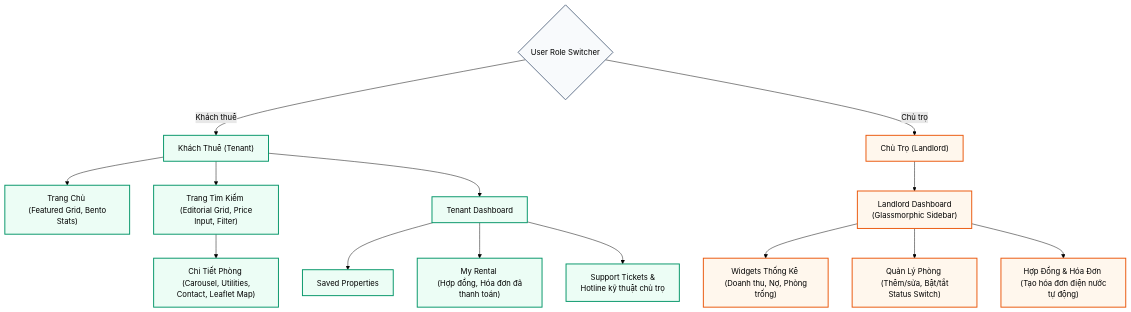
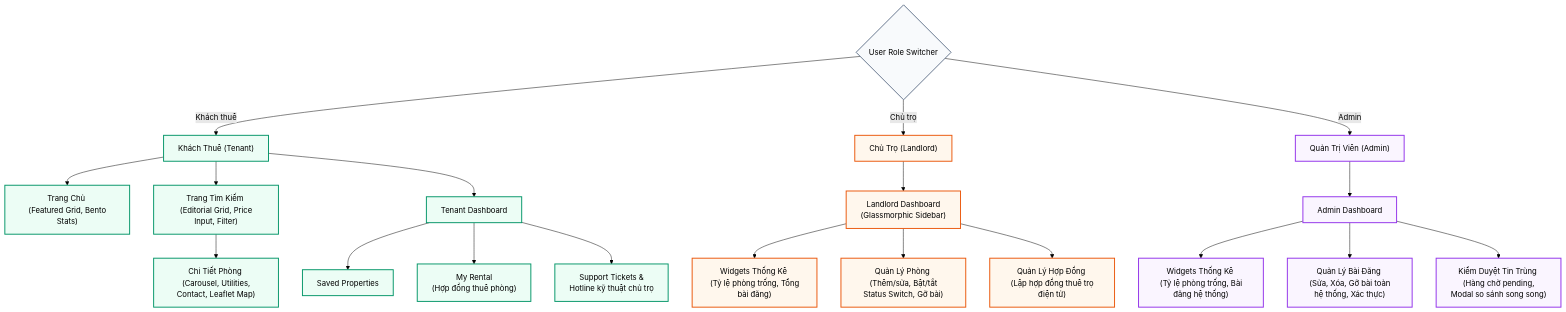
The second of 3 diagrams in project_architecture.md (Spotlighterr/TNCB), drawn with Mermaid (forest theme) before and after one commit. The commit also changed other lines of this file and 5 other files, not shown here.

Commit message:
feat: complete admin powers, review queue, unpublishing, and remove billing

````diff
--- a/project_architecture.md
+++ b/project_architecture.md
@@ -62,44 +62,58 @@
 ```mermaid
 graph TD
     %% Styling
     classDef tenant fill:#ecfdf5,stroke:#059669,stroke-width:2px;
     classDef landlord fill:#fff7ed,stroke:#ea580c,stroke-width:2px;
+    classDef admin fill:#faf5ff,stroke:#9333ea,stroke-width:2px;
     classDef shared fill:#f8fafc,stroke:#64748b,stroke-width:2px;
 
     %% Nodes
     RoleSelector{"User Role Switcher"}:::shared
     
     %% Tenant Flow
     Tenant["Khách Thuê (Tenant)"]:::tenant
     Home["Trang Chủ <br> (Featured Grid, Bento Stats)"]:::tenant
     Search["Trang Tìm Kiếm <br> (Editorial Grid, Price Input, Filter)"]:::tenant
     Detail["Chi Tiết Phòng <br> (Carousel, Utilities, Contact, Leaflet Map)"]:::tenant
     TDash["Tenant Dashboard"]:::tenant
     Saved["Saved Properties"]:::tenant
-    MyRental["My Rental <br> (Hợp đồng, Hóa đơn đã thanh toán)"]:::tenant
+    MyRental["My Rental <br> (Hợp đồng thuê phòng)"]:::tenant
     Support["Support Tickets & <br> Hotline kỹ thuật chủ trọ"]:::tenant
 
     %% Landlord Flow
     Landlord["Chủ Trọ (Landlord)"]:::landlord
     LDash["Landlord Dashboard <br> (Glassmorphic Sidebar)"]:::landlord
-    Overview["Widgets Thống Kê <br> (Doanh thu, Nợ, Phòng trống)"]:::landlord
-    RoomMgmt["Quản Lý Phòng <br> (Thêm/sửa, Bật/tắt Status Switch)"]:::landlord
-    Billing["Hợp Đồng & Hóa Đơn <br> (Tạo hóa đơn điện nước tự động)"]:::landlord
+    Overview["Widgets Thống Kê <br> (Tỷ lệ phòng trống, Tổng bài đăng)"]:::landlord
+    RoomMgmt["Quản Lý Phòng <br> (Thêm/sửa, Bật/tắt Status Switch, Gỡ bài)"]:::landlord
+    Contract["Quản Lý Hợp Đồng <br> (Lập hợp đồng thuê trọ điện tử)"]:::landlord
+
+    %% Admin Flow
+    Admin["Quản Trị Viên (Admin)"]:::admin
+    ADash["Admin Dashboard"]:::admin
+    AOverview["Widgets Thống Kê <br> (Tỷ lệ phòng trống, Bài đăng hệ thống)"]:::admin
+    ARoomMgmt["Quản Lý Bài Đăng <br> (Sửa, Xóa, Gỡ bài toàn hệ thống, Xác thực)"]:::admin
+    AReview["Kiểm Duyệt Tin Trùng <br> (Hàng chờ pending, Modal so sánh song song)"]:::admin
 
     %% Edges
     RoleSelector -->|Khách thuê| Tenant
     RoleSelector -->|Chủ trọ| Landlord
+    RoleSelector -->|Admin| Admin
 
     Tenant --> Home
     Tenant --> Search
     Search --> Detail
     Tenant --> TDash
     TDash --> Saved
     TDash --> MyRental
     TDash --> Support
 
     Landlord --> LDash
     LDash --> Overview
     LDash --> RoomMgmt
-    LDash --> Billing
+    LDash --> Contract
+
+    Admin --> ADash
+    ADash --> AOverview
+    ADash --> ARoomMgmt
+    ADash --> AReview
 ```
````
